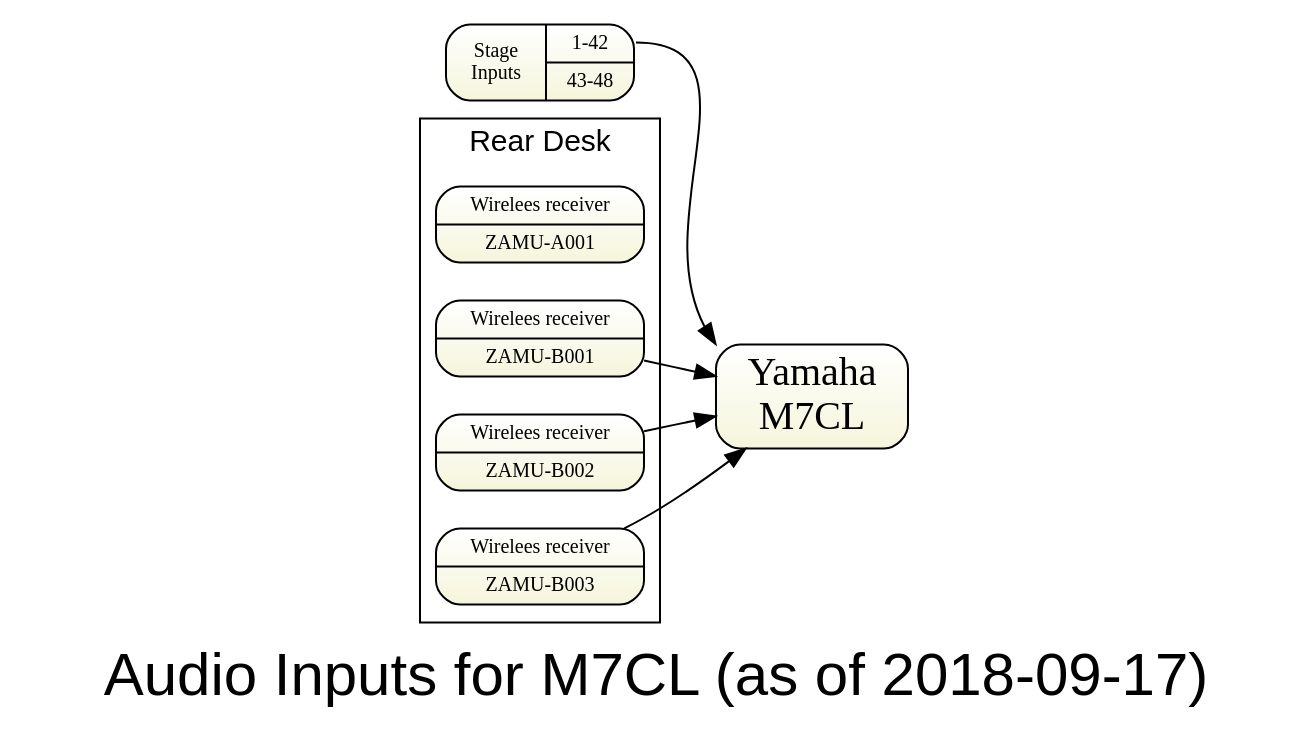
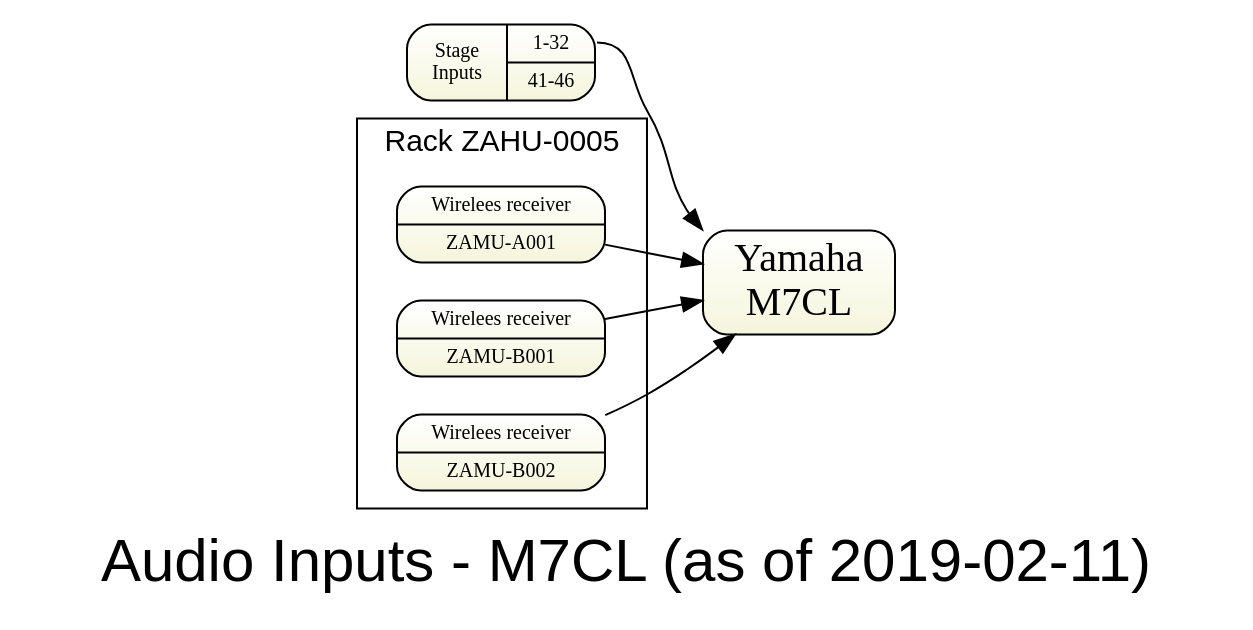
Before and after one commit to avmaint/uactechdoc: the diagram in sda-inputs-m7.gv, drawn with Graphviz. The commit also changed 3 other files, not shown here.

```diff
--- a/sda-inputs-m7.gv
+++ b/sda-inputs-m7.gv
@@ -1,27 +1,26 @@
 digraph topology1 { 
 graph [overlap = true, fontsize = 30, rankdir=LR 
-      label="Audio Inputs for M7CL (as of 2018-09-17)",
+      label="Audio Inputs - M7CL (as of 2019-02-11)",
       fontname = Helvetica]
 
 node [shape=Mrecord, tooltip="" , fontsize = 10,
       fillcolor="white:beige" , style=filled  
       gradientangle=270]
 
 stage [label="{ Stage\nInputs
-|{<o1>1-42 
-| <o2>43-48   
+|{<o1>1-32 
+| <o2>41-46   
 } }"]  
 
 m7 [label="Yamaha\nM7CL" fontsize=20 ]
 
-subgraph cluster_rear { label="Rear Desk" fontsize=15
+subgraph cluster_rear { label="Rack ZAHU-0005" fontsize=15
   zamua001 [label="Wirelees receiver|ZAMU-A001"]
   zamub001 [label="Wirelees receiver|ZAMU-B001"]
   zamub002 [label="Wirelees receiver|ZAMU-B002"]
-  zamub003 [label="Wirelees receiver|ZAMU-B003"]
 }
 
-{zamub001 zamub002 zamub003} -> m7
+{zamua001 zamub001 zamub002  } -> m7
 
 stage:o1 -> m7:i2
 }
```
